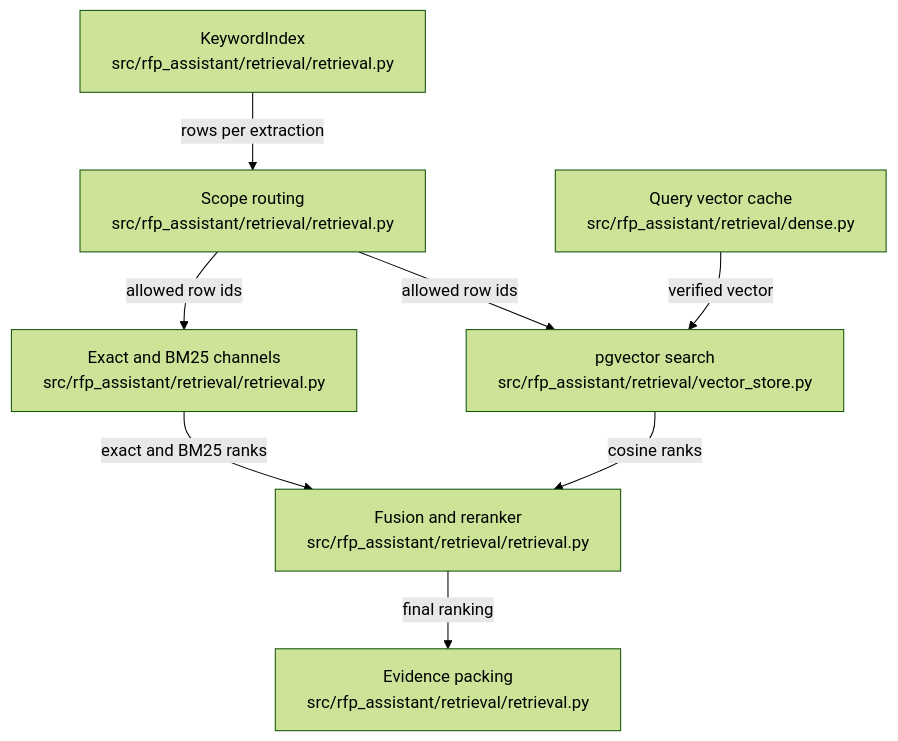
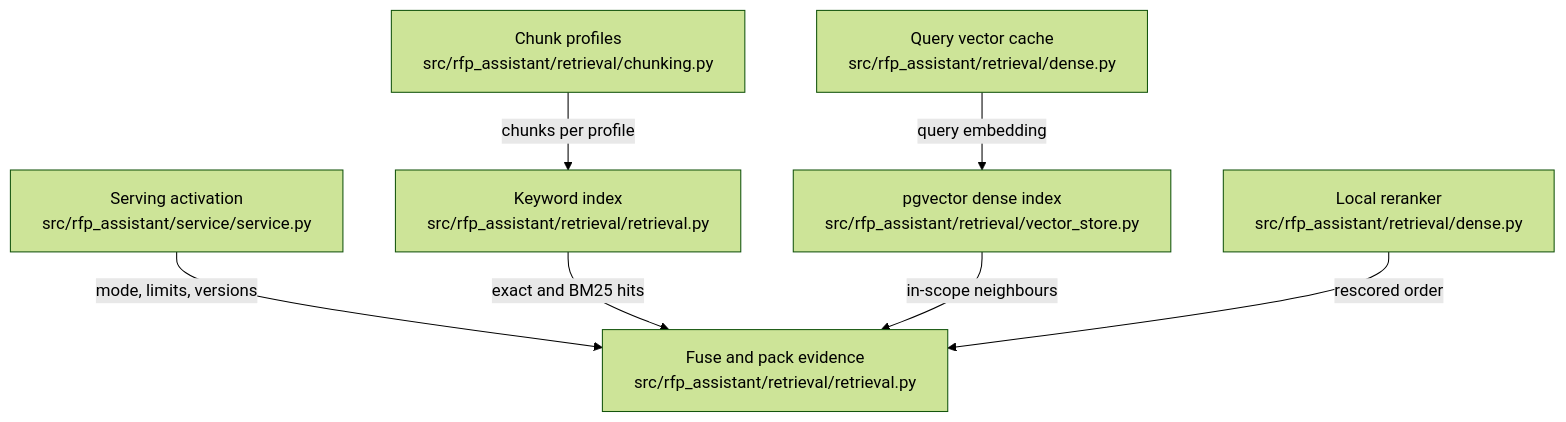
The diagram in .omm/overall-architecture/retrieval-engine/diagram.mmd (littleeeeebit/project-codeit-mid), drawn with Mermaid (forest theme) before and after one commit. The commit also changed 367 other files, not shown here.

```diff
--- a/.omm/overall-architecture/retrieval-engine/diagram.mmd
+++ b/.omm/overall-architecture/retrieval-engine/diagram.mmd
@@ -1,15 +1,14 @@
 graph TD
-  keyword-index["KeywordIndex\nsrc/rfp_assistant/retrieval/retrieval.py"]
-  scope-routing["Scope routing\nsrc/rfp_assistant/retrieval/retrieval.py"]
-  lexical-channels["Exact and BM25 channels\nsrc/rfp_assistant/retrieval/retrieval.py"]
+  chunk-profiles["Chunk profiles\nsrc/rfp_assistant/retrieval/chunking.py"]
+  keyword-index["Keyword index\nsrc/rfp_assistant/retrieval/retrieval.py"]
+  serving-config["Serving activation\nsrc/rfp_assistant/service/service.py"]
   query-vector["Query vector cache\nsrc/rfp_assistant/retrieval/dense.py"]
-  dense-search["pgvector search\nsrc/rfp_assistant/retrieval/vector_store.py"]
-  fusion-rerank["Fusion and reranker\nsrc/rfp_assistant/retrieval/retrieval.py"]
-  evidence-packing["Evidence packing\nsrc/rfp_assistant/retrieval/retrieval.py"]
-  keyword-index -->|"rows per extraction"| scope-routing
-  scope-routing -->|"allowed row ids"| lexical-channels
-  query-vector -->|"verified vector"| dense-search
-  scope-routing -->|"allowed row ids"| dense-search
-  lexical-channels -->|"exact and BM25 ranks"| fusion-rerank
-  dense-search -->|"cosine ranks"| fusion-rerank
-  fusion-rerank -->|"final ranking"| evidence-packing
+  dense-index["pgvector dense index\nsrc/rfp_assistant/retrieval/vector_store.py"]
+  reranker["Local reranker\nsrc/rfp_assistant/retrieval/dense.py"]
+  fuse-and-pack["Fuse and pack evidence\nsrc/rfp_assistant/retrieval/retrieval.py"]
+  chunk-profiles -->|chunks per profile| keyword-index
+  serving-config -->|mode, limits, versions| fuse-and-pack
+  keyword-index -->|exact and BM25 hits| fuse-and-pack
+  query-vector -->|query embedding| dense-index
+  dense-index -->|in-scope neighbours| fuse-and-pack
+  reranker -->|rescored order| fuse-and-pack
```
